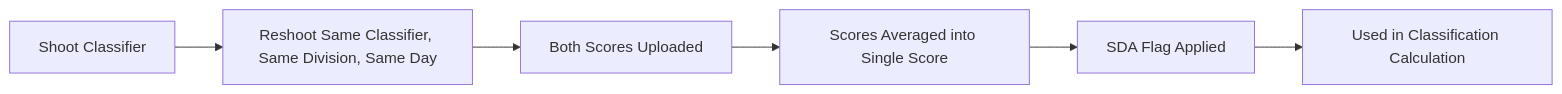
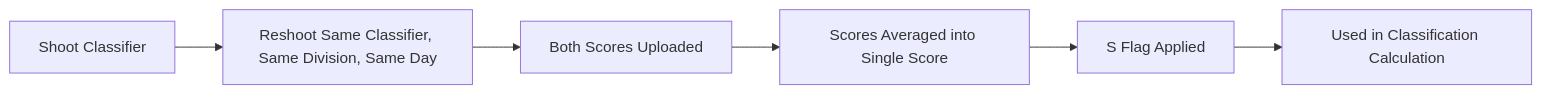
One commit to USPSA-public/Classification changed the second of 3 diagrams in README.md. Above: the diagram before and after it, drawn with Mermaid. The commit also changed other lines of this file, not shown here.

````diff
--- a/README.md
+++ b/README.md
@@ -93,8 +92,8 @@
 ```mermaid
 graph LR
     A[Shoot Classifier] --> B[Reshoot Same Classifier, Same Division, Same Day]
     B --> C[Both Scores Uploaded]
     C --> D[Scores Averaged into Single Score]
-    D --> E[SDA Flag Applied]
+    D --> E[S Flag Applied]
     E --> F[Used in Classification Calculation]
 ```
````
